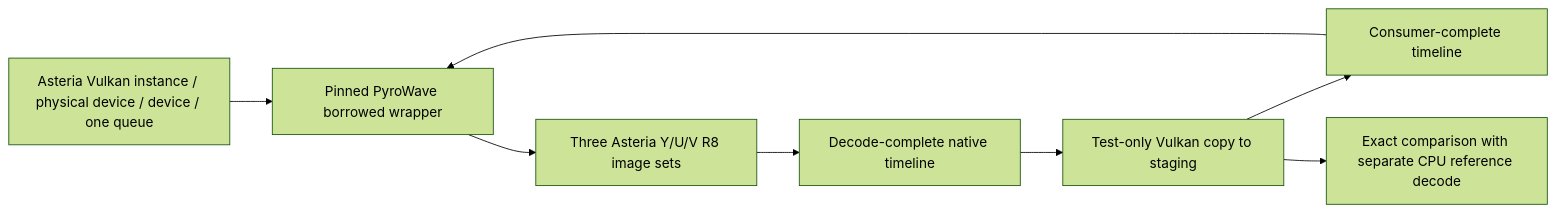
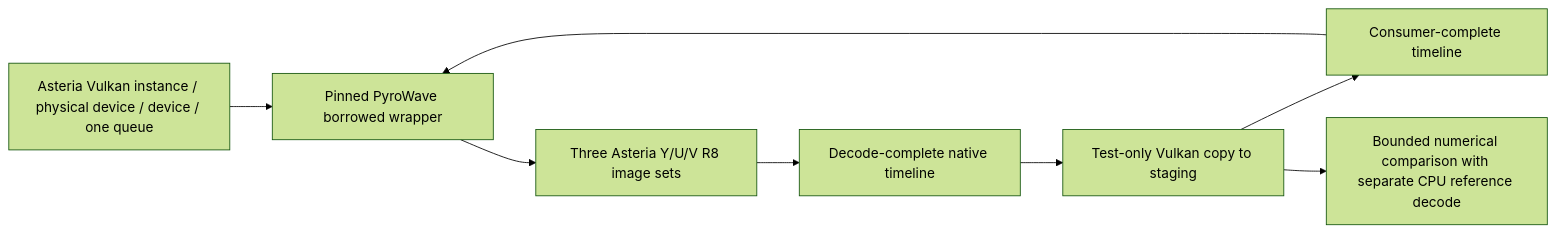
Before and after one commit to Unitron07/Asteria-Windows: the diagram in tests/pyrowave/vulkan/STAGE3.md, drawn with Mermaid (forest theme). The commit also changed other lines of this file and 17 other files, not shown here.

Commit message:
Qualify Stage 3 bounded numerical output and patch borrowed factory cleanup

````diff
--- a/tests/pyrowave/vulkan/STAGE3.md
+++ b/tests/pyrowave/vulkan/STAGE3.md
@@ -9,10 +9,10 @@
 ```mermaid
 flowchart LR
   A[Asteria Vulkan instance / physical device / device / one queue] --> B[Pinned PyroWave borrowed wrapper]
   B --> C[Three Asteria Y/U/V R8 image sets]
   C --> D[Decode-complete native timeline]
   D --> E[Test-only Vulkan copy to staging]
   E --> F[Consumer-complete timeline]
   F --> B
-  E --> G[Exact comparison with separate CPU reference decode]
+  E --> G[Bounded numerical comparison with separate CPU reference decode]
 ```
````
